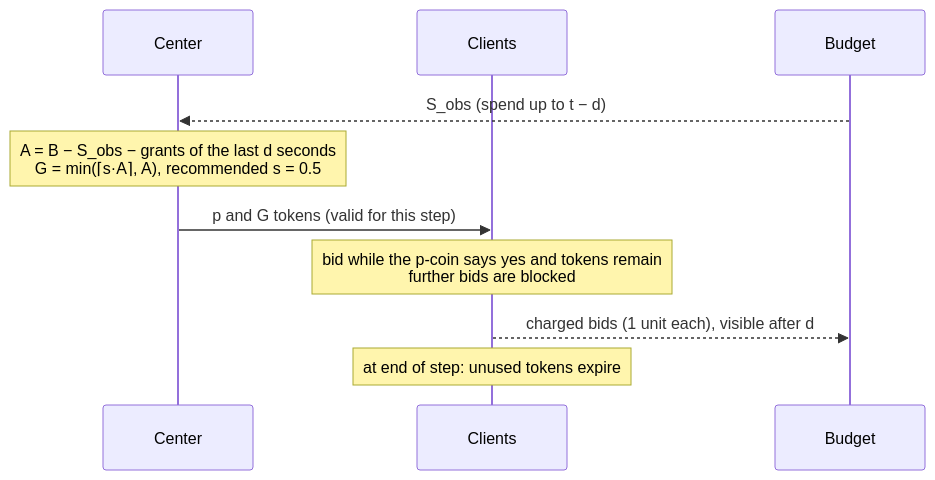
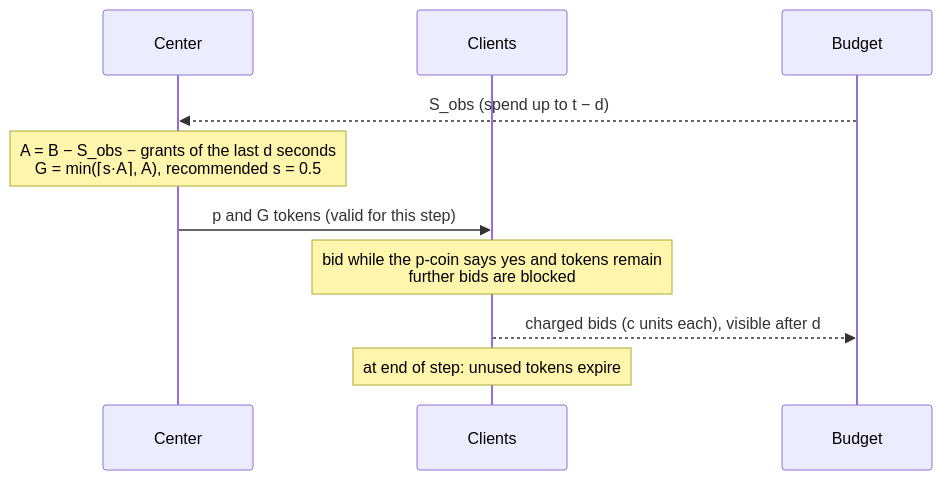
Before and after one commit to ayarodionov/budget-pacing-models: the second of 2 diagrams in models/token-cap-b.md, drawn with Mermaid. The commit also changed other lines of this file and 13 other files, not shown here.

````diff
--- a/models/token-cap-b.md
+++ b/models/token-cap-b.md
@@ -55,12 +60,12 @@
 ```mermaid
 sequenceDiagram
     participant C as Center
     participant K as Clients
     participant B as Budget
     B-->>C: S_obs (spend up to t − d)
     Note over C: A = B − S_obs − grants of the last d seconds<br/>G = min(⌈s·A⌉, A), recommended s = 0.5
     C->>K: p and G tokens (valid for this step)
     Note over K: bid while the p-coin says yes and tokens remain<br/>further bids are blocked
-    K-->>B: charged bids (1 unit each), visible after d
+    K-->>B: charged bids (c units each), visible after d
     Note over K: at end of step: unused tokens expire
 ```
````
